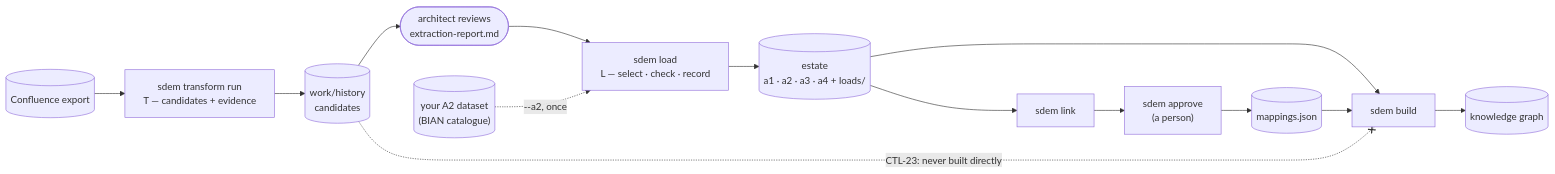
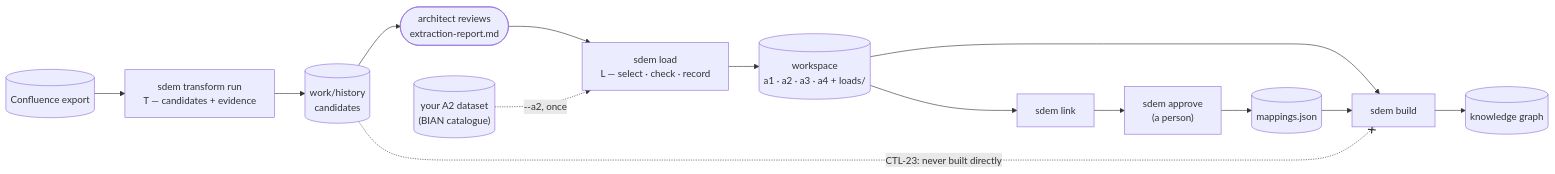
One commit to taumoeps/bian-sdem-framework changed the first of 3 diagrams in docs/design/sdem-load-design.md. Above: the diagram before and after it, drawn with Mermaid. The commit also changed other lines of this file and 155 other files, not shown here.

````diff
--- a/docs/design/sdem-load-design.md
+++ b/docs/design/sdem-load-design.md
@@ -28,13 +28,13 @@
 ```mermaid
 flowchart LR
     exp[("Confluence export")] --> T["sdem transform run<br/>T — candidates + evidence"]
     T --> cand[("work/history<br/>candidates")]
     cand --> rev(["architect reviews<br/>extraction-report.md"])
     rev --> L["sdem load<br/>L — select · check · record"]
     a2[("your A2 dataset<br/>(BIAN catalogue)")] -.->|"--a2, once"| L
-    L --> est[("estate<br/>a1 · a2 · a3 · a4 + loads/")]
+    L --> est[("workspace<br/>a1 · a2 · a3 · a4 + loads/")]
     est --> link["sdem link"] --> appr["sdem approve<br/>(a person)"] --> reg[("mappings.json")]
     est --> build["sdem build"]
     reg --> build --> kg[("knowledge graph")]
     cand -. "CTL-23: never built directly" .-x build
 ```
````
